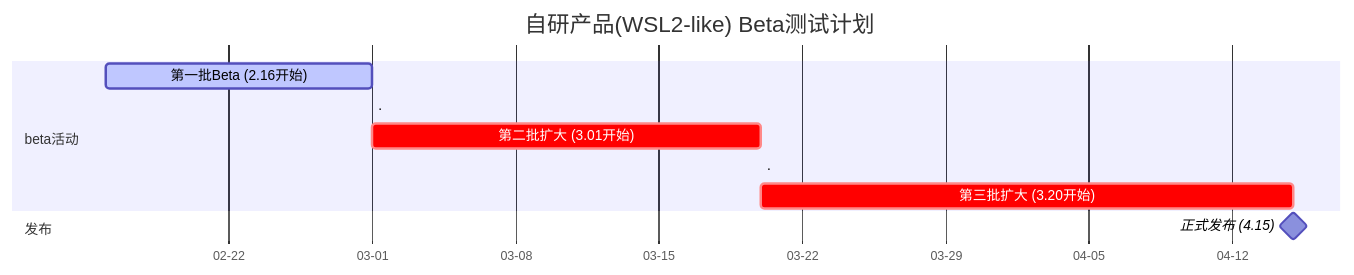
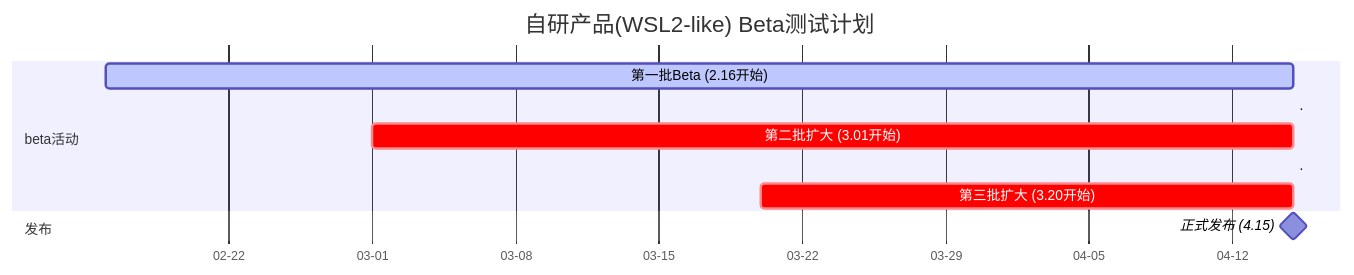
Before and after one commit to kilans/iodraw-files: the diagram in all/未命名.md, drawn with Mermaid.

Commit message:
2026-02-12 15:23:49 update

````diff
--- a/all/未命名.md
+++ b/all/未命名.md
@@ -1,17 +1,17 @@
 ```mermaid
 gantt
     title 自研产品(WSL2-like) Beta测试计划
     dateFormat  YYYY-MM-DD
     axisFormat %m-%d
     
     section beta活动
-    第一批Beta (2.16开始)      :active, 2026-02-16, 13d
+    第一批Beta (2.16开始)      :active, 2026-02-16, 58d
     .:0d
-    第二批扩大 (3.01开始)      :crit, 2026-03-01, 19d
+    第二批扩大 (3.01开始)      :crit, 2026-03-01, 45d
     .:0d
     第三批扩大 (3.20开始)      :crit, 2026-03-20, 26d
     
     section 发布
     正式发布 (4.15)           :milestone, 2026-04-15, 0d
 
 ```
````
